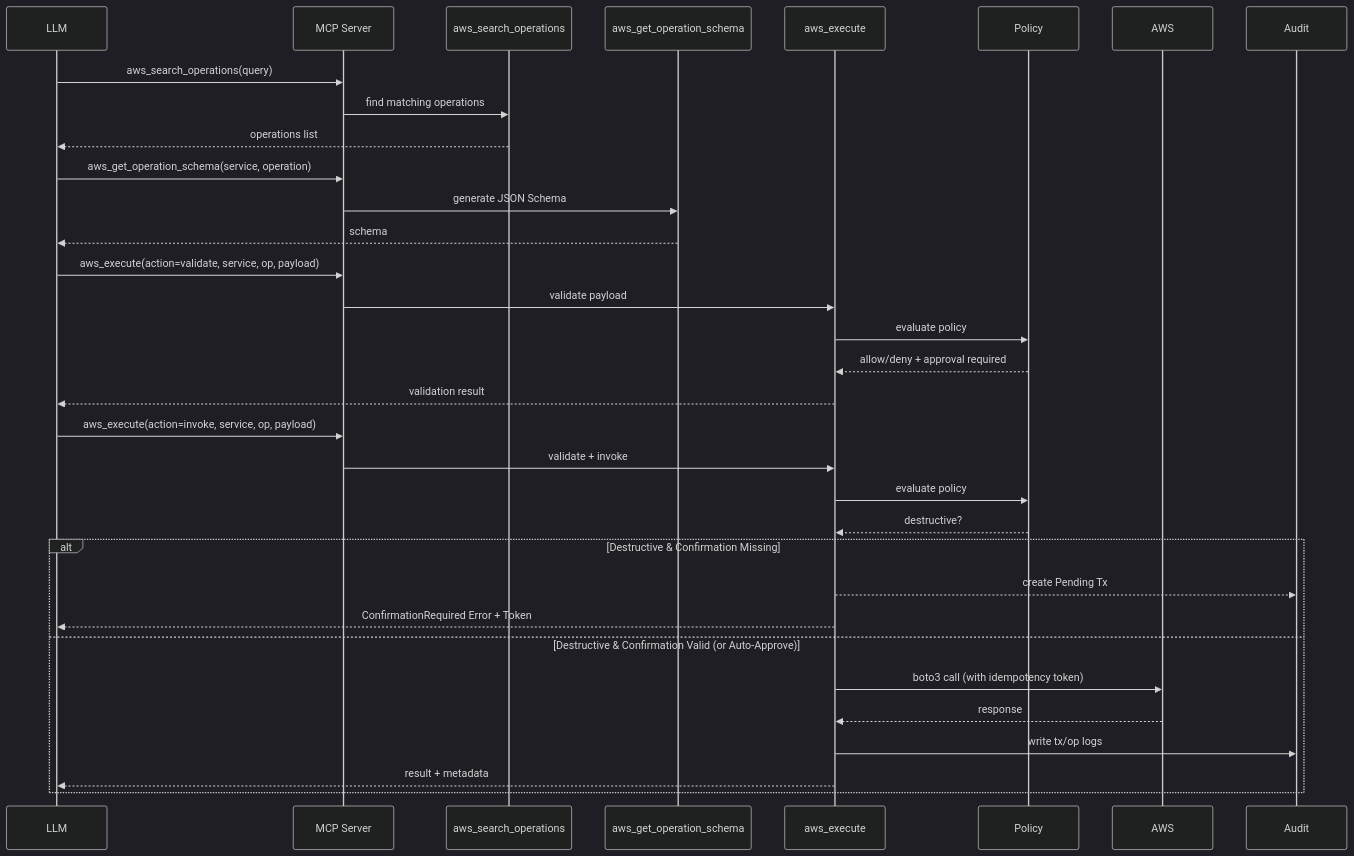
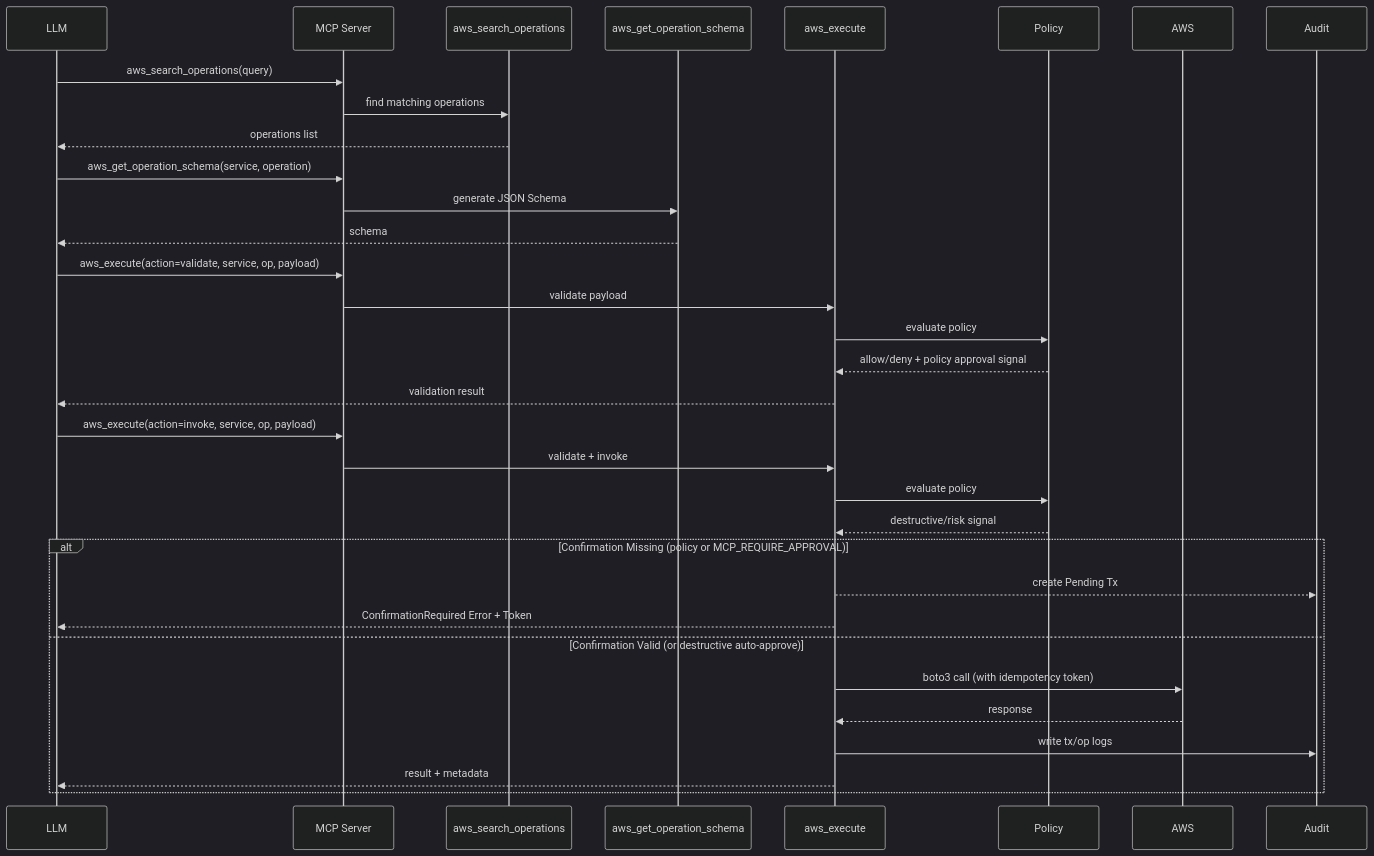
One commit to shark-bot-0118/aws-mcp-server changed the first of 4 diagrams in DESIGN.md. Above: the diagram before and after it, drawn with Mermaid (dark theme). The commit also changed other lines of this file and 105 other files, not shown here.

````diff
--- a/DESIGN.md
+++ b/DESIGN.md
@@ -289,39 +333,39 @@
 ```mermaid
 sequenceDiagram
   participant LLM
   participant MCP as MCP Server
   participant Search as aws_search_operations
   participant Schema as aws_get_operation_schema
   participant Exec as aws_execute
   participant Policy
   participant AWS
   participant Audit
 
   LLM->>MCP: aws_search_operations(query)
   MCP->>Search: find matching operations
   Search-->>LLM: operations list
 
   LLM->>MCP: aws_get_operation_schema(service, operation)
   MCP->>Schema: generate JSON Schema
   Schema-->>LLM: schema
 
   LLM->>MCP: aws_execute(action=validate, service, op, payload)
   MCP->>Exec: validate payload
   Exec->>Policy: evaluate policy
-  Policy-->>Exec: allow/deny + approval required
+  Policy-->>Exec: allow/deny + policy approval signal
   Exec-->>LLM: validation result
 
   LLM->>MCP: aws_execute(action=invoke, service, op, payload)
   MCP->>Exec: validate + invoke
   Exec->>Policy: evaluate policy
-  Policy-->>Exec: destructive?
-  alt Destructive & Confirmation Missing
+  Policy-->>Exec: destructive/risk signal
+  alt Confirmation Missing (policy or MCP_REQUIRE_APPROVAL)
     Exec-->>Audit: create Pending Tx
     Exec-->>LLM: ConfirmationRequired Error + Token
-  else Destructive & Confirmation Valid (or Auto-Approve)
+  else Confirmation Valid (or destructive auto-approve)
     Exec->>AWS: boto3 call (with idempotency token)
     AWS-->>Exec: response
     Exec->>Audit: write tx/op logs
     Exec-->>LLM: result + metadata
   end
 ```
````
